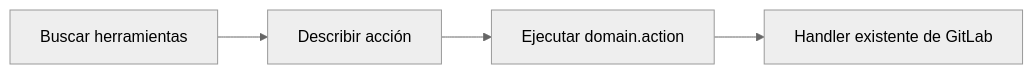
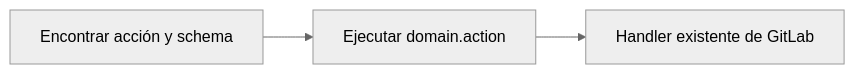
One commit to jmrplens/gitlab-mcp-server changed the diagram in site/src/content/docs/es/tools/overview.mdx. Above: the diagram before and after it, drawn with Mermaid (neutral theme). The commit also changed other lines of this file and 179 other files, not shown here.

````diff
--- a/site/src/content/docs/es/tools/overview.mdx
+++ b/site/src/content/docs/es/tools/overview.mdx
@@ -37,6 +37,5 @@
 ```mermaid
 flowchart LR
-	A[Buscar herramientas] --> B[Describir acción]
-	B --> C[Ejecutar domain.action]
-	C --> D[Handler existente de GitLab]
+	A[Encontrar acción y schema] --> B[Ejecutar domain.action]
+	B --> C[Handler existente de GitLab]
 ```
````
